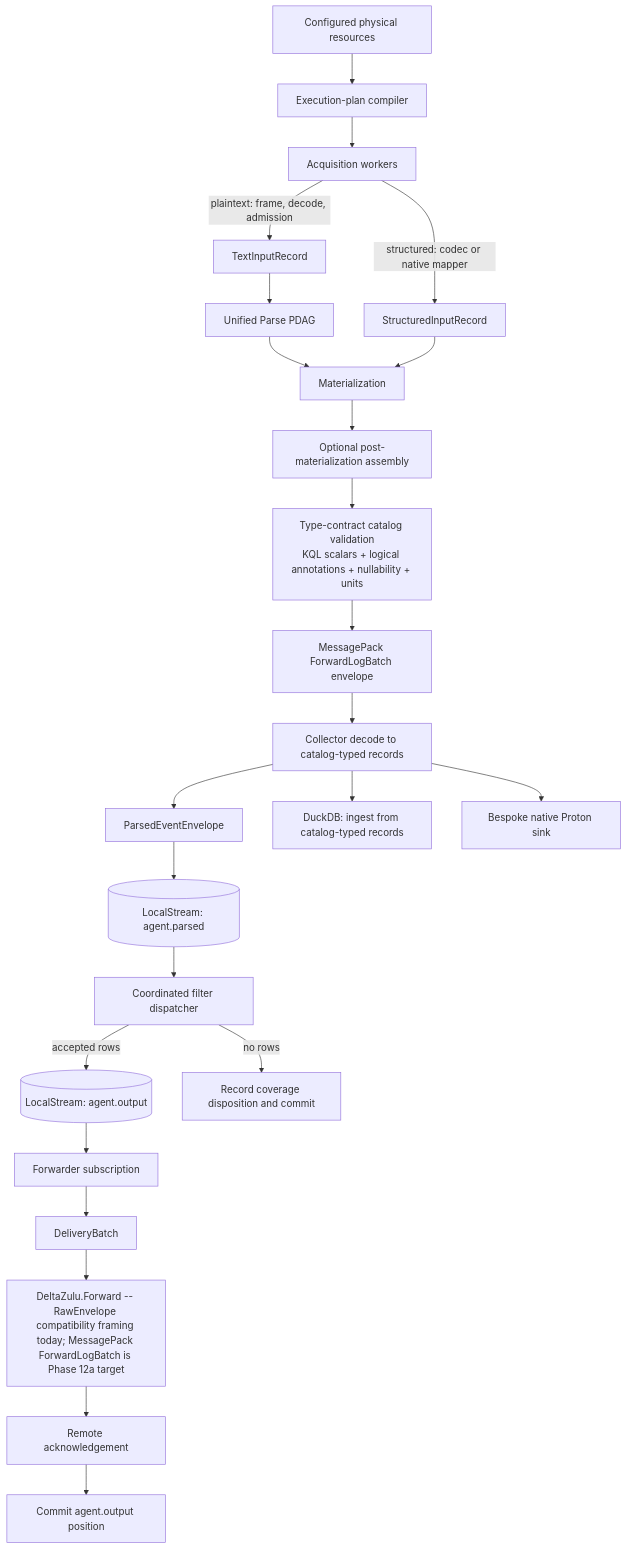
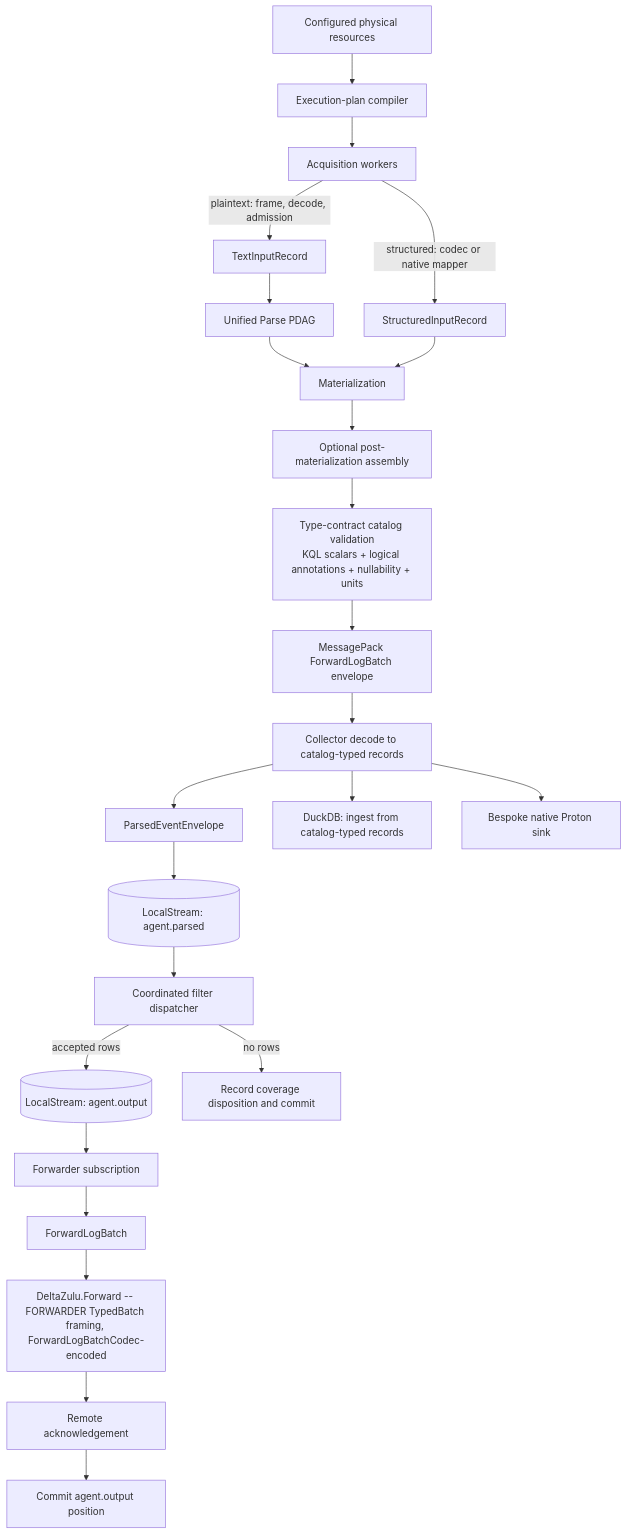
One commit to DeltaZulu-OU/DeltaZulu.Agent changed the diagram in docs/ARCHITECTURE.md. Above: the diagram before and after it, drawn with Mermaid. The commit also changed other lines of this file and 29 other files, not shown here.

````diff
--- a/docs/ARCHITECTURE.md
+++ b/docs/ARCHITECTURE.md
@@ -55,27 +54,27 @@
 ```mermaid
 flowchart TD
     R[Configured physical resources] --> P[Execution-plan compiler]
     P --> A[Acquisition workers]
     A -->|plaintext: frame, decode, admission| T[TextInputRecord]
     A -->|structured: codec or native mapper| S[StructuredInputRecord]
     T --> N[Unified Parse PDAG]
     N --> M[Materialization]
     S --> M
     M --> AS[Optional post-materialization assembly]
     AS --> SC[Type-contract catalog validation
 KQL scalars + logical annotations + nullability + units]
     SC --> AV[MessagePack ForwardLogBatch envelope]
     AV --> AR[Collector decode to catalog-typed records]
     AR --> PE[ParsedEventEnvelope]
     PE --> PS[(LocalStream: agent.parsed)]
     PS --> FD[Coordinated filter dispatcher]
     FD -->|accepted rows| OS[(LocalStream: agent.output)]
     FD -->|no rows| D[Record coverage disposition and commit]
     OS --> RF[Forwarder subscription]
-    RF --> B[DeliveryBatch]
-    B --> FWD[DeltaZulu.Forward -- RawEnvelope compatibility framing today; MessagePack ForwardLogBatch is Phase 12a target]
+    RF --> B[ForwardLogBatch]
+    B --> FWD[DeltaZulu.Forward -- FORWARDER TypedBatch framing, ForwardLogBatchCodec-encoded]
     FWD --> ACK[Remote acknowledgement]
     ACK --> C[Commit agent.output position]
     AR --> DDB[DuckDB: ingest from catalog-typed records]
     AR --> PROTON[Bespoke native Proton sink]
 ```
````
